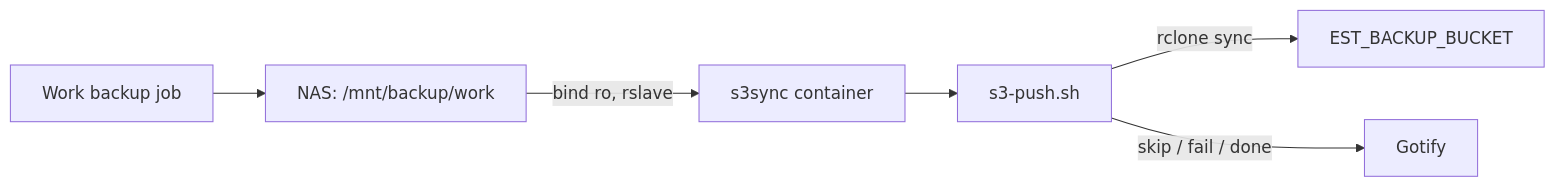
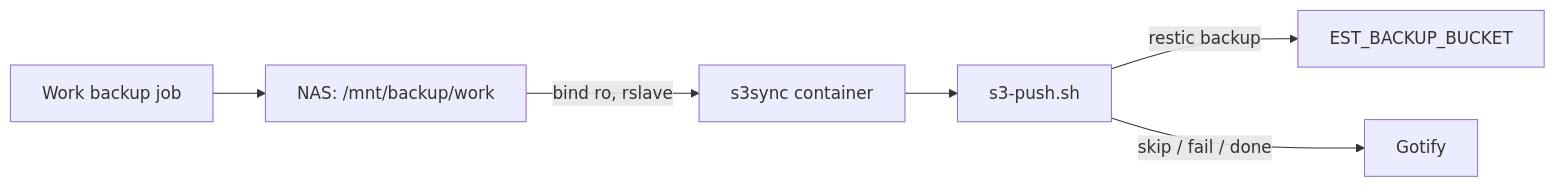
The diagram in .cursor/plan/s3-work-backup-sync.md (tim-oe/home_server), drawn with Mermaid before and after one commit. The commit also changed other lines of this file and 10 other files, not shown here.

Commit message:
restic and backrest integrations for work backup

````diff
--- a/.cursor/plan/s3-work-backup-sync.md
+++ b/.cursor/plan/s3-work-backup-sync.md
@@ -14,8 +14,8 @@
 ```mermaid
 flowchart LR
     workJob["Work backup job"] --> nas["NAS: /mnt/backup/work"]
     nas -->|"bind ro, rslave"| container["s3sync container"]
     container --> pushScript["s3-push.sh"]
-    pushScript -->|"rclone sync"| bucket["EST_BACKUP_BUCKET"]
+    pushScript -->|"restic backup"| bucket["EST_BACKUP_BUCKET"]
     pushScript -->|"skip / fail / done"| gotify["Gotify"]
 ```
````
